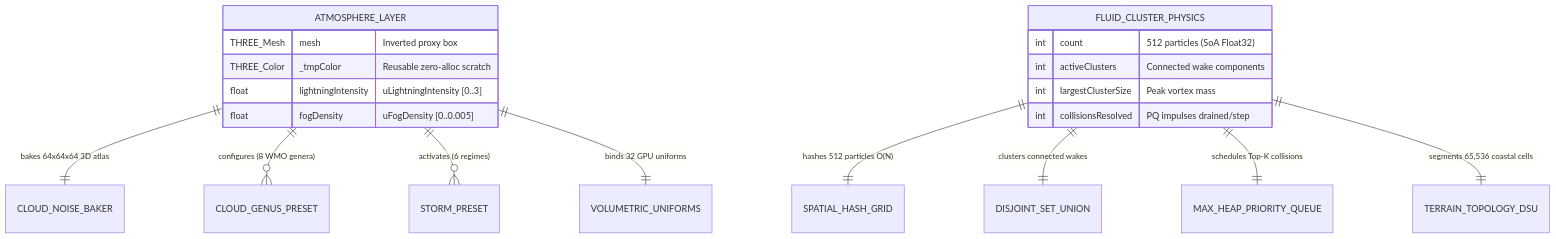
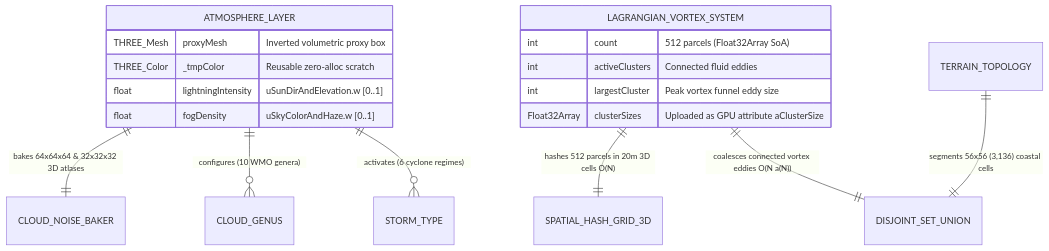
One commit to ssquinntran/atmosphere changed the second of 3 diagrams in README.md. Above: the diagram before and after it, drawn with Mermaid. The commit also changed other lines of this file, not shown here.

Commit message:
Add SpatialHashGrid3D + Union-Find vs Priority Queue appendix and 10 video scenarios to README

````diff
--- a/README.md
+++ b/README.md
@@ -61,24 +59,22 @@
 ```mermaid
 erDiagram
-    ATMOSPHERE_LAYER ||--|| CLOUD_NOISE_BAKER : "bakes 64x64x64 3D atlas"
-    ATMOSPHERE_LAYER ||--o{ CLOUD_GENUS_PRESET : "configures (8 WMO genera)"
-    ATMOSPHERE_LAYER ||--o{ STORM_PRESET : "activates (6 regimes)"
-    ATMOSPHERE_LAYER ||--|| VOLUMETRIC_UNIFORMS : "binds 32 GPU uniforms"
-    FLUID_CLUSTER_PHYSICS ||--|| SPATIAL_HASH_GRID : "hashes 512 particles O(N)"
-    FLUID_CLUSTER_PHYSICS ||--|| DISJOINT_SET_UNION : "clusters connected wakes"
-    FLUID_CLUSTER_PHYSICS ||--|| MAX_HEAP_PRIORITY_QUEUE : "schedules Top-K collisions"
-    FLUID_CLUSTER_PHYSICS ||--|| TERRAIN_TOPOLOGY_DSU : "segments 65,536 coastal cells"
+    ATMOSPHERE_LAYER ||--|| CLOUD_NOISE_BAKER : "bakes 64x64x64 & 32x32x32 3D atlases"
+    ATMOSPHERE_LAYER ||--o{ CLOUD_GENUS : "configures (10 WMO genera)"
+    ATMOSPHERE_LAYER ||--o{ STORM_TYPE : "activates (6 cyclone regimes)"
+    LAGRANGIAN_VORTEX_SYSTEM ||--|| SPATIAL_HASH_GRID_3D : "hashes 512 parcels in 20m 3D cells O(N)"
+    LAGRANGIAN_VORTEX_SYSTEM ||--|| DISJOINT_SET_UNION : "coalesces connected vortex eddies O(N a(N))"
+    TERRAIN_TOPOLOGY ||--|| DISJOINT_SET_UNION : "segments 56x56 (3,136) coastal cells"
 
     ATMOSPHERE_LAYER {
-        THREE_Mesh mesh "Inverted proxy box"
+        THREE_Mesh proxyMesh "Inverted volumetric proxy box"
         THREE_Color _tmpColor "Reusable zero-alloc scratch"
-        float lightningIntensity "uLightningIntensity [0..3]"
-        float fogDensity "uFogDensity [0..0.005]"
+        float lightningIntensity "uSunDirAndElevation.w [0..1]"
+        float fogDensity "uSkyColorAndHaze.w [0..1]"
     }
-    FLUID_CLUSTER_PHYSICS {
-        int count "512 particles (SoA Float32)"
-        int activeClusters "Connected wake components"
-        int largestClusterSize "Peak vortex mass"
-        int collisionsResolved "PQ impulses drained/step"
+    LAGRANGIAN_VORTEX_SYSTEM {
+        int count "512 parcels (Float32Array SoA)"
+        int activeClusters "Connected fluid eddies"
+        int largestCluster "Peak vortex funnel eddy size"
+        Float32Array clusterSizes "Uploaded as GPU attribute aClusterSize"
     }
 ```
````
